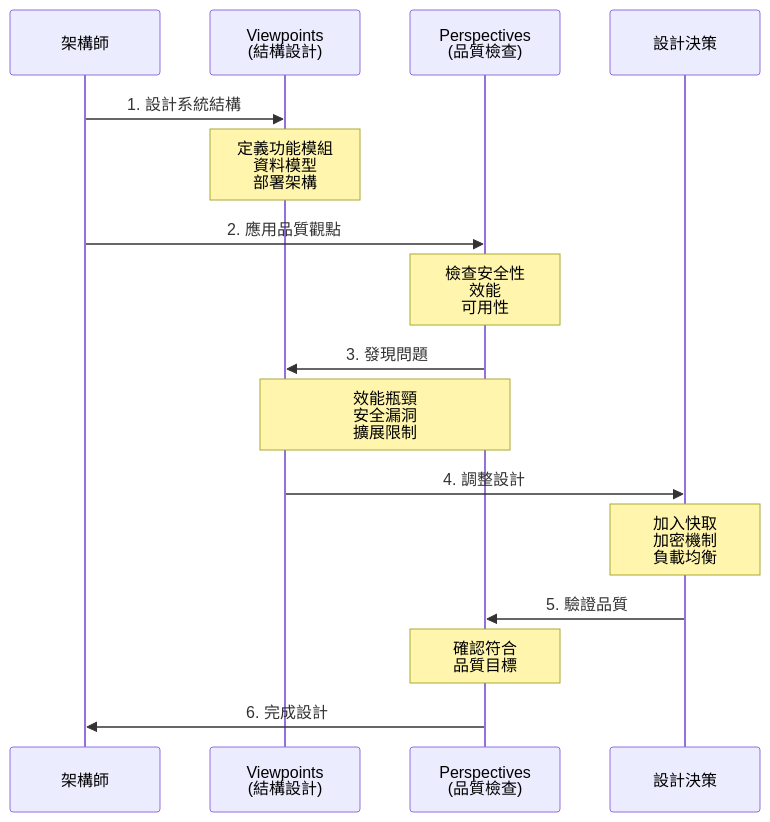
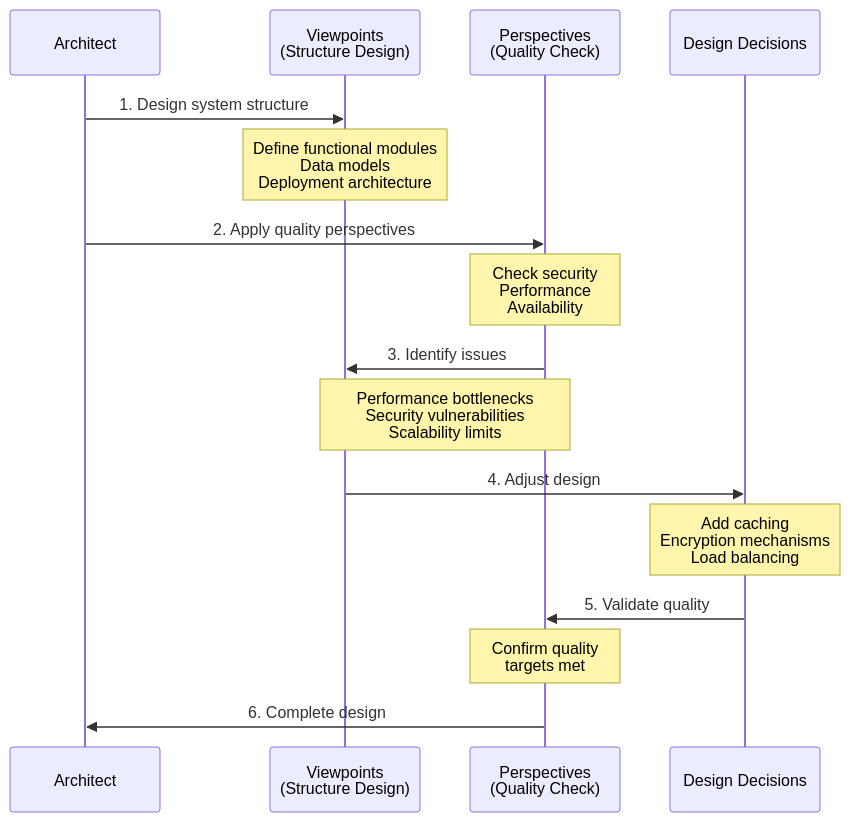
One commit to humank/genai-demo changed the third of 3 diagrams in docs/rozanski-woods-methodology-guide.md. Above: the diagram before and after it, drawn with Mermaid. The commit also changed other lines of this file, not shown here.

````diff
--- a/docs/rozanski-woods-methodology-guide.md
+++ b/docs/rozanski-woods-methodology-guide.md
@@ -178,24 +178,24 @@
 ```mermaid
 sequenceDiagram
-    participant A as 架構師
-    participant V as Viewpoints<br/>(結構設計)
-    participant P as Perspectives<br/>(品質檢查)
-    participant D as 設計決策
+    participant A as Architect
+    participant V as Viewpoints<br/>(Structure Design)
+    participant P as Perspectives<br/>(Quality Check)
+    participant D as Design Decisions
     
-    A->>V: 1. 設計系統結構
-    Note over V: 定義功能模組<br/>資料模型<br/>部署架構
+    A->>V: 1. Design system structure
+    Note over V: Define functional modules<br/>Data models<br/>Deployment architecture
     
-    A->>P: 2. 應用品質觀點
-    Note over P: 檢查安全性<br/>效能<br/>可用性
+    A->>P: 2. Apply quality perspectives
+    Note over P: Check security<br/>Performance<br/>Availability
     
-    P->>V: 3. 發現問題
-    Note over P,V: 效能瓶頸<br/>安全漏洞<br/>擴展限制
+    P->>V: 3. Identify issues
+    Note over P,V: Performance bottlenecks<br/>Security vulnerabilities<br/>Scalability limits
     
-    V->>D: 4. 調整設計
-    Note over D: 加入快取<br/>加密機制<br/>負載均衡
+    V->>D: 4. Adjust design
+    Note over D: Add caching<br/>Encryption mechanisms<br/>Load balancing
     
-    D->>P: 5. 驗證品質
-    Note over P: 確認符合<br/>品質目標
+    D->>P: 5. Validate quality
+    Note over P: Confirm quality<br/>targets met
     
-    P->>A: 6. 完成設計
+    P->>A: 6. Complete design
 ```
````
